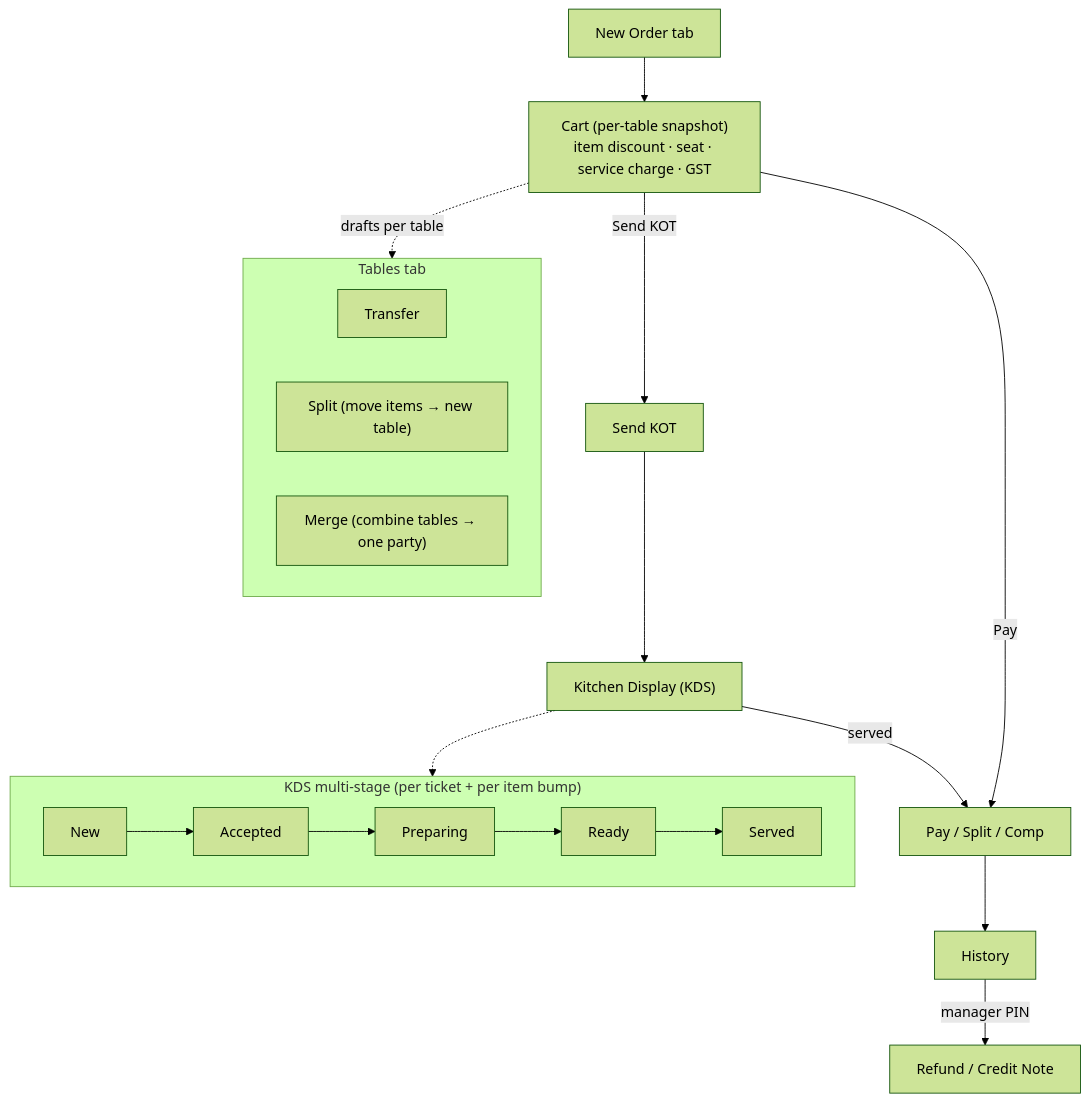
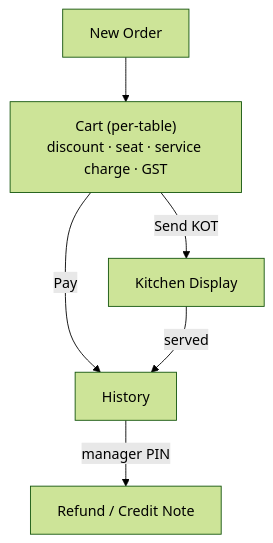
One commit to jasmeet15069/HmsAdminStaffPortal changed the seventh of 10 diagrams in docs/ARCHITECTURE.md. Above: the diagram before and after it, drawn with Mermaid (forest theme). The commit also changed other lines of this file, not shown here.

First line of the commit message:
docs: rewrite ARCHITECTURE to match target diagram; scrub IPs

````diff
--- a/docs/ARCHITECTURE.md
+++ b/docs/ARCHITECTURE.md
@@ -280,28 +258,8 @@
 ```mermaid
 flowchart TB
-    NEW["New Order tab"]
-    CART["Cart (per-table snapshot)<br/>item discount · seat · service charge · GST"]
-    KOT["Send KOT"]
-    KDS["Kitchen Display (KDS)"]
-    PAY["Pay / Split / Comp"]
-    HIST["History"]
-
-    NEW --> CART
-    CART -->|"Send KOT"| KOT --> KDS
-    CART -->|"Pay"| PAY --> HIST
-    KDS -->|"served"| PAY
-
-    subgraph KDSFLOW["KDS multi-stage (per ticket + per item bump)"]
-        S1[New] --> S2[Accepted] --> S3[Preparing] --> S4[Ready] --> S5[Served]
-    end
-    KDS -.-> KDSFLOW
-
-    subgraph TABLES["Tables tab"]
-        T1["Transfer"]
-        T2["Split (move items → new table)"]
-        T3["Merge (combine tables → one party)"]
-    end
-    CART -. "drafts per table" .-> TABLES
-
+    NEW["New Order"] --> CART["Cart (per-table)<br/>discount · seat · service charge · GST"]
+    CART -->|"Send KOT"| KDS["Kitchen Display"]
+    CART -->|"Pay"| HIST["History"]
+    KDS -->|"served"| HIST
     HIST -->|"manager PIN"| REF["Refund / Credit Note"]
 ```
````
